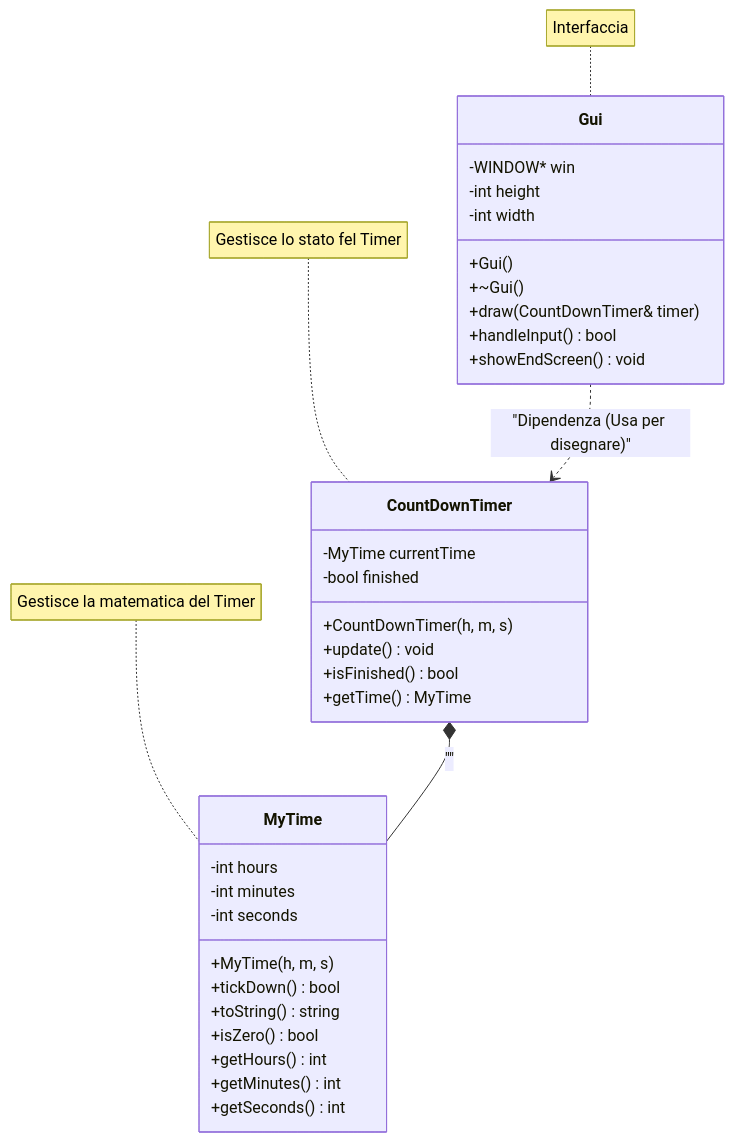
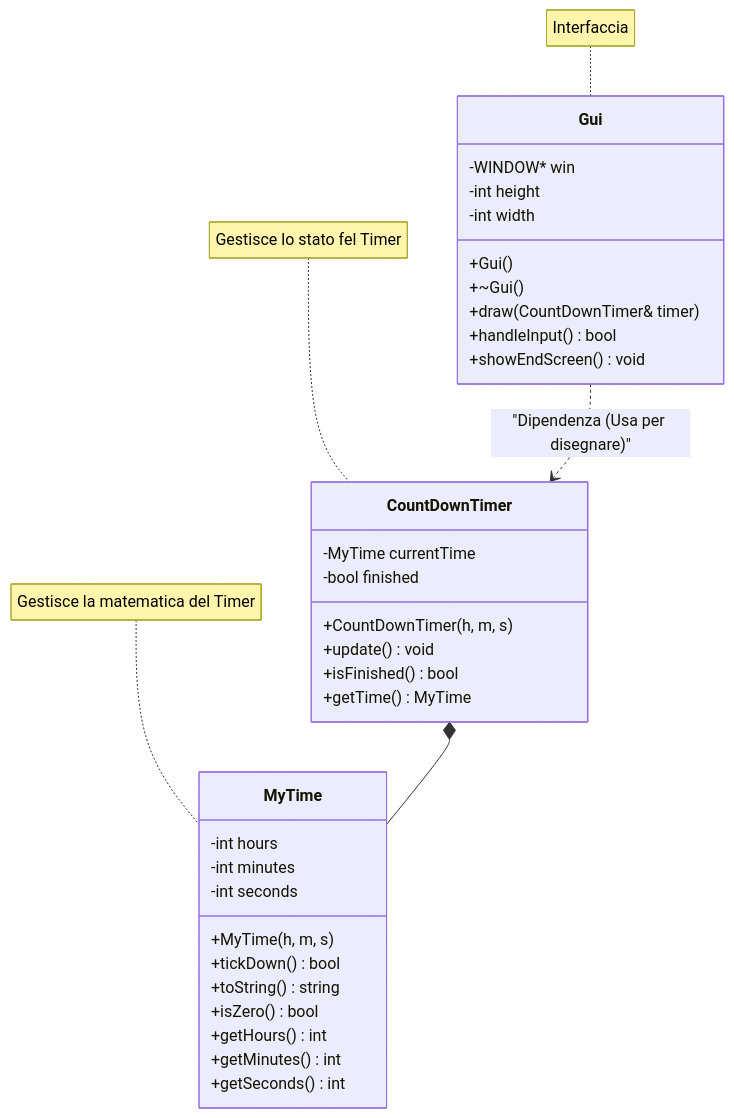
Before and after one commit to schiavonesudhir/timer: the diagram in README.md, drawn with Mermaid.

Commit message:
aggiustamenti errori mermaid

````diff
--- a/README.md
+++ b/README.md
@@ -125,46 +125,46 @@
 ```mermaid
 classDiagram
     %% Stile del grafico
     direction TB
 
     class MyTime {
         -int hours
         -int minutes
         -int seconds
         +MyTime(h, m, s)
         +tickDown() bool
         +toString() string
         +isZero() bool
         +getHours() int
         +getMinutes() int
         +getSeconds() int
     }
 
     class CountDownTimer {
         -MyTime currentTime
         -bool finished
         +CountDownTimer(h, m, s)
         +update() void
         +isFinished() bool
         +getTime() MyTime
     }
 
     class Gui {
         -WINDOW* win
         -int height
         -int width
         +Gui()
         +~Gui()
         +draw(CountDownTimer& timer)
         +handleInput() bool
         +showEndScreen() void
     }
 
     %% Relazioni
-    CountDownTimer *-- MyTime : ""
+    CountDownTimer *-- MyTime : 
     Gui ..> CountDownTimer : "Dipendenza (Usa per disegnare)"
     
     note for CountDownTimer "Gestisce lo stato fel Timer"
     note for MyTime "Gestisce la matematica del Timer"
     note for Gui "Interfaccia"
 ```
````
